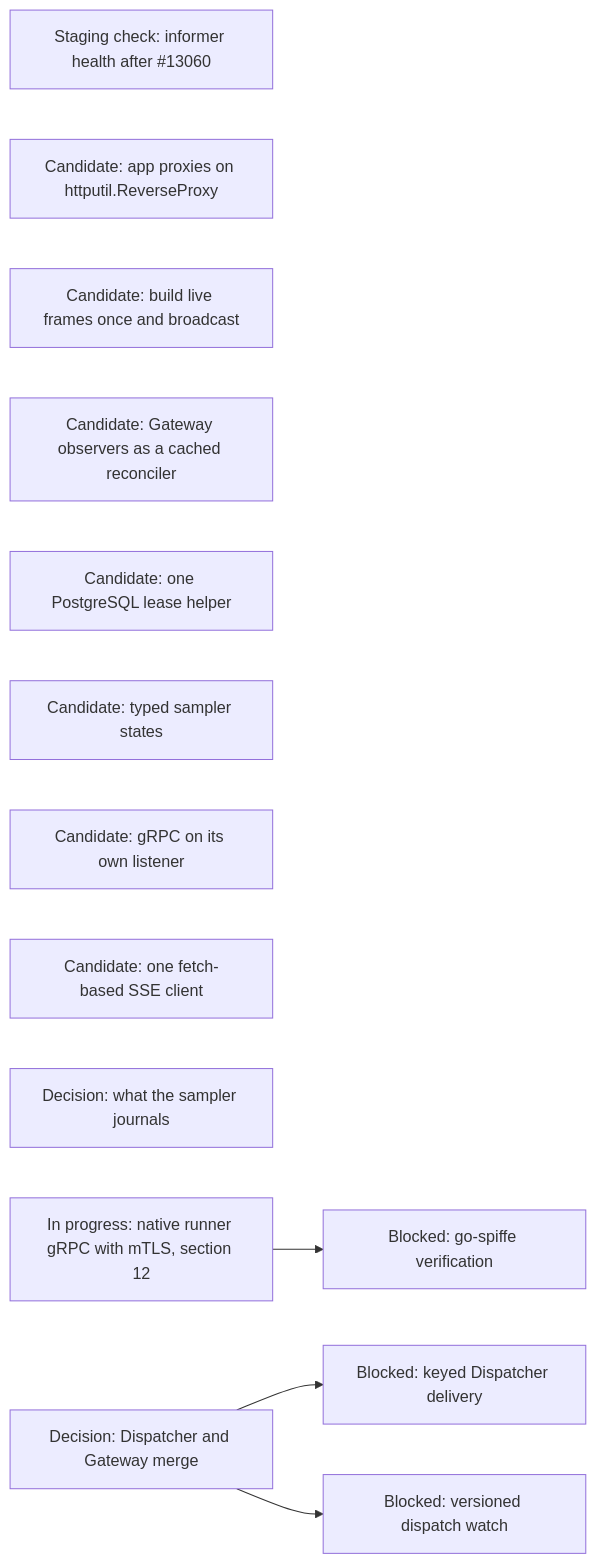
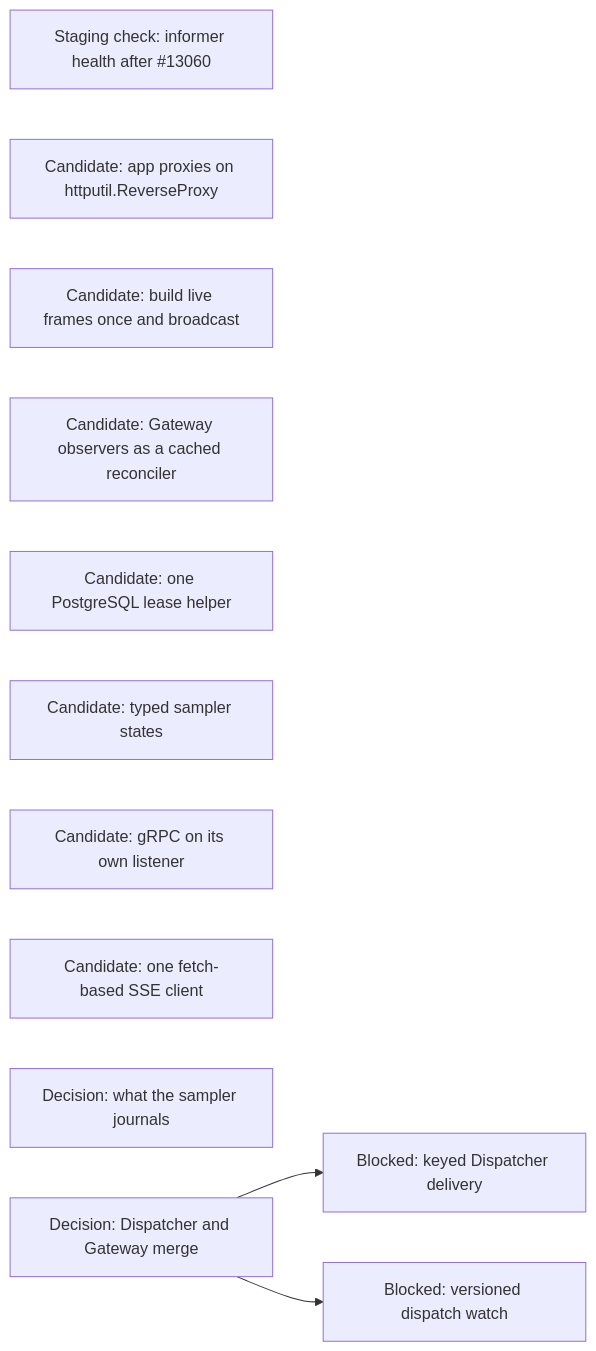
Before and after one commit to agentydragon/ducktape: diagram 18 of 18 in agentplane/plans/task_dag.md, drawn with Mermaid. The commit also changed other lines of this file and 9 other files, not shown here.

First line of the commit message:
agentplane plans: burn down RUNNER_CONTROL_TRANSPORT_DESIGN (#13123)

````diff
--- a/agentplane/plans/task_dag.md
+++ b/agentplane/plans/task_dag.md
@@ -1924,15 +1908,14 @@
 ```mermaid
 flowchart LR
     KUBERNETES_NATIVE_WATCH_HEALTH[Staging check: informer health after #13060]
     APP_PROXY_REVERSE_PROXY[Candidate: app proxies on httputil.ReverseProxy]
     APP_LIVE_FRAME_BROADCAST[Candidate: build live frames once and broadcast]
     GATEWAY_OBSERVER_RECONCILER[Candidate: Gateway observers as a cached reconciler]
     POSTGRES_LEASE_HELPER[Candidate: one PostgreSQL lease helper]
     SAMPLER_TYPED_STATE[Candidate: typed sampler states]
     GRPC_NATIVE_LISTENER[Candidate: gRPC on its own listener]
     FRONTEND_SSE_CLIENT[Candidate: one fetch-based SSE client]
     SAMPLER_JOURNAL_DIET[Decision: what the sampler journals]
-    RUNNER_CONTROL_TRANSPORT_DESIGN[In progress: native runner gRPC with mTLS, section 12] --> RUNNER_MTLS_GO_SPIFFE[Blocked: go-spiffe verification]
     DISPATCHER_PERSISTENCE_MODEL_DESIGN[Decision: Dispatcher and Gateway merge] --> DISPATCHER_KEYED_DELIVERY[Blocked: keyed Dispatcher delivery]
     DISPATCHER_PERSISTENCE_MODEL_DESIGN --> DISPATCHER_WATCH_VERSIONS[Blocked: versioned dispatch watch]
 ```
````
